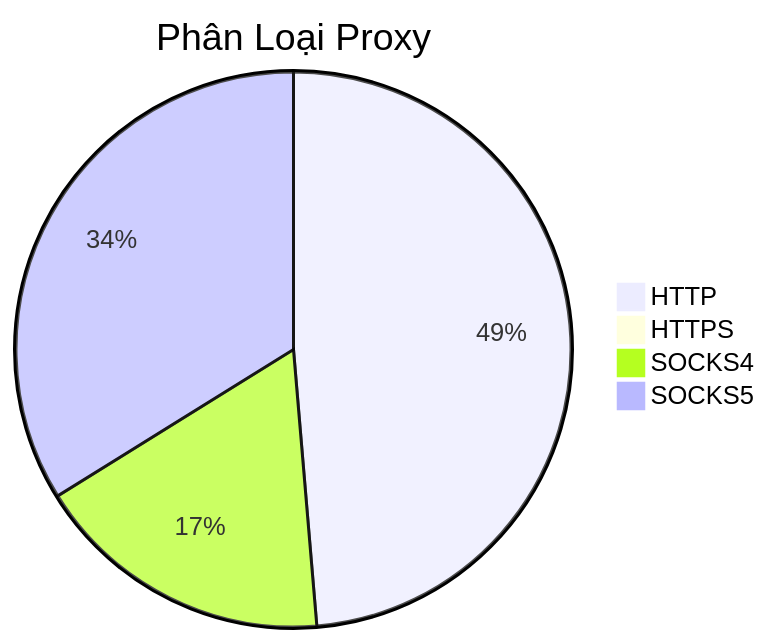
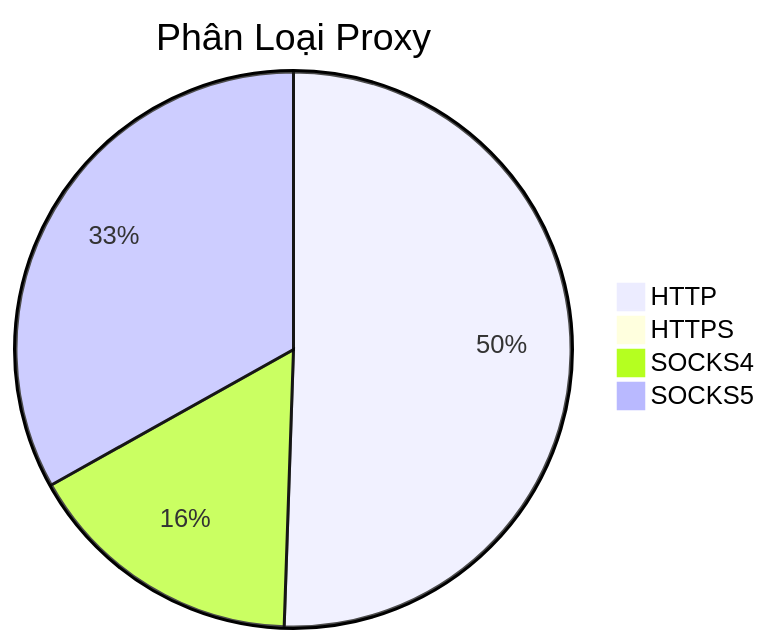
One commit to Ciara-12/PROXY-free changed the diagram in README.md. Above: the diagram before and after it, drawn with Mermaid. The commit also changed other lines of this file and 4 other files, not shown here.

````diff
--- a/README.md
+++ b/README.md
@@ -26,7 +26,7 @@
 ```mermaid
 pie title Phân Loại Proxy
-    "HTTP" : 1179
-    "HTTPS" : 2
-    "SOCKS4" : 424
-    "SOCKS5" : 820
+    "HTTP" : 943
+    "HTTPS" : 4
+    "SOCKS4" : 305
+    "SOCKS5" : 618
 ```
````
